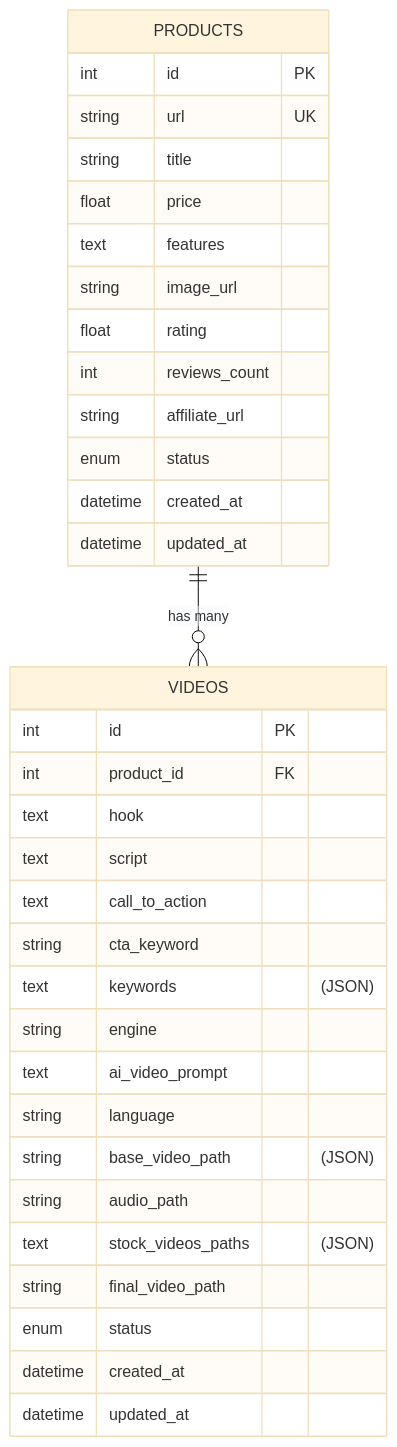
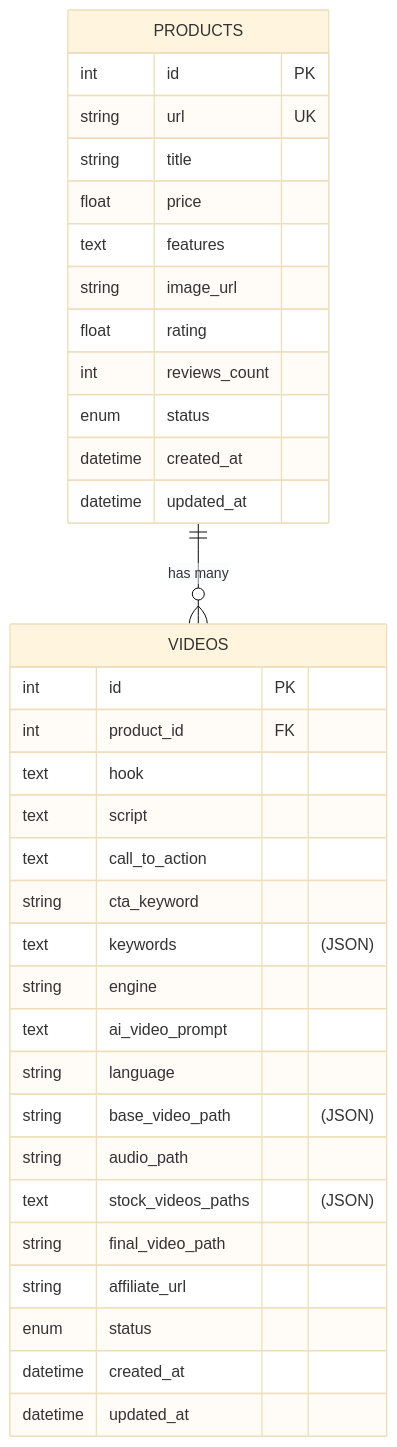
The first of 4 diagrams in workflow.md (facusm/affiliate_marketing_bot), drawn with Mermaid (base theme) before and after one commit. The commit also changed other lines of this file and 6 other files, not shown here.

Commit message:
refactor: mover affiliate_url a la tabla de videos para soporte multi-idioma

````diff
--- a/workflow.md
+++ b/workflow.md
@@ -144,39 +143,39 @@
 ```mermaid
 erDiagram
     PRODUCTS ||--o{ VIDEOS : "has many"
     
     PRODUCTS {
         int id PK
         string url UK
         string title
         float price
         text features
         string image_url
         float rating
         int reviews_count
-        string affiliate_url
         enum status
         datetime created_at
         datetime updated_at
     }
     
     VIDEOS {
         int id PK
         int product_id FK
         text hook
         text script
         text call_to_action
         string cta_keyword
         text keywords "(JSON)"
         string engine
         text ai_video_prompt
         string language
         string base_video_path "(JSON)"
         string audio_path
         text stock_videos_paths "(JSON)"
         string final_video_path
+        string affiliate_url
         enum status
         datetime created_at
         datetime updated_at
     }
 ```
````
